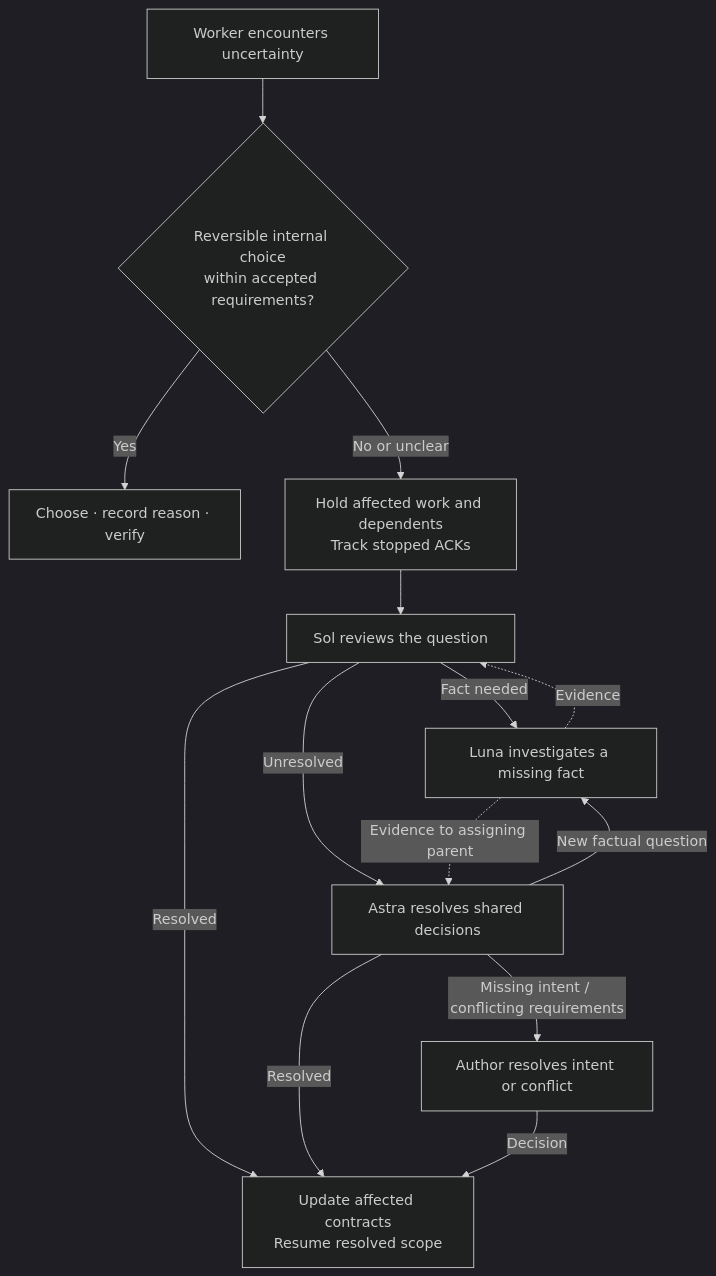
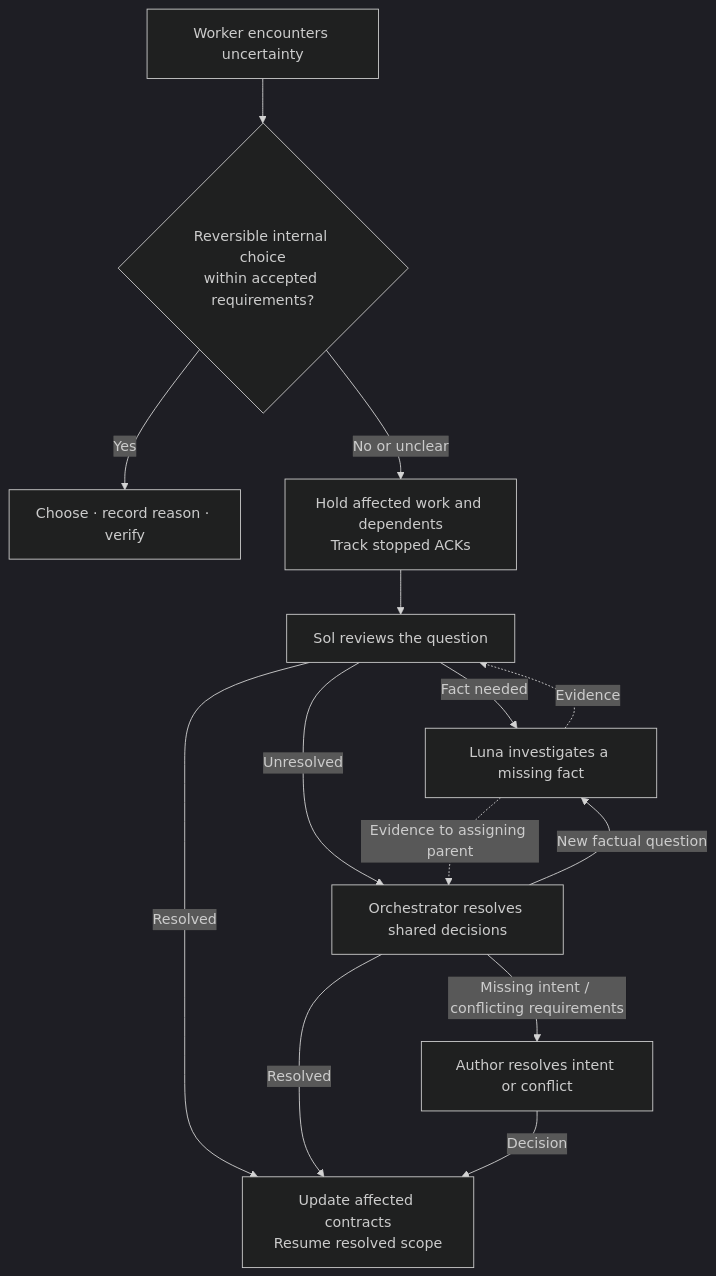
One commit to halkliff/halkliff-skills changed the second of 3 diagrams in docs/orchestrate-work.md. Above: the diagram before and after it, drawn with Mermaid (dark theme). The commit also changed other lines of this file and 9 other files, not shown here.

````diff
--- a/docs/orchestrate-work.md
+++ b/docs/orchestrate-work.md
@@ -43,26 +43,26 @@
 ```mermaid
 flowchart TB
     question["Worker encounters uncertainty"]
     bounded{"Reversible internal choice<br/>within accepted requirements?"}
     choose["Choose · record reason · verify"]
     sol["Sol reviews the question"]
     fact["Luna investigates a missing fact"]
-    astra["Astra resolves shared decisions"]
+    orchestrator["Orchestrator resolves shared decisions"]
     author["Author resolves intent or conflict"]
     hold["Hold affected work and dependents<br/>Track stopped ACKs"]
     resume["Update affected contracts<br/>Resume resolved scope"]
 
     question --> bounded
     bounded -->|Yes| choose
     bounded -->|No or unclear| hold
     hold --> sol
     sol -->|Fact needed| fact
     fact -.->|Evidence| sol
     sol -->|Resolved| resume
-    sol -->|Unresolved| astra
-    astra -->|New factual question| fact
-    fact -.->|Evidence to assigning parent| astra
-    astra -->|Resolved| resume
-    astra -->|Missing intent / conflicting requirements| author
+    sol -->|Unresolved| orchestrator
+    orchestrator -->|New factual question| fact
+    fact -.->|Evidence to assigning parent| orchestrator
+    orchestrator -->|Resolved| resume
+    orchestrator -->|Missing intent / conflicting requirements| author
     author -->|Decision| resume
 ```
````
